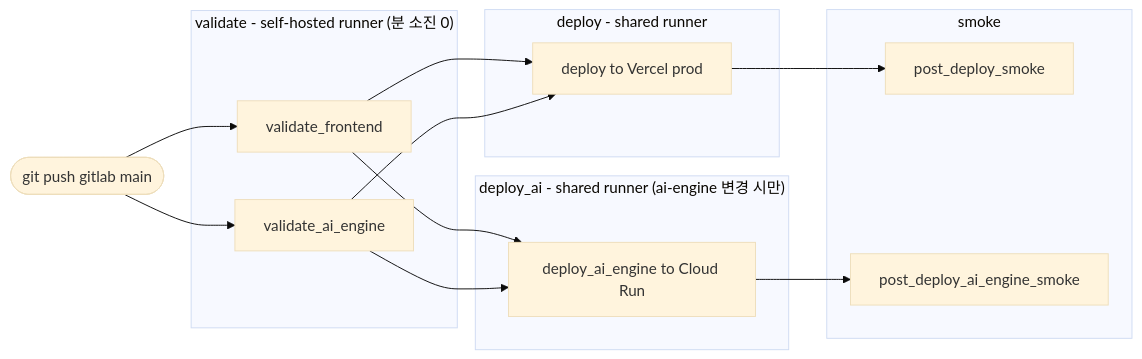
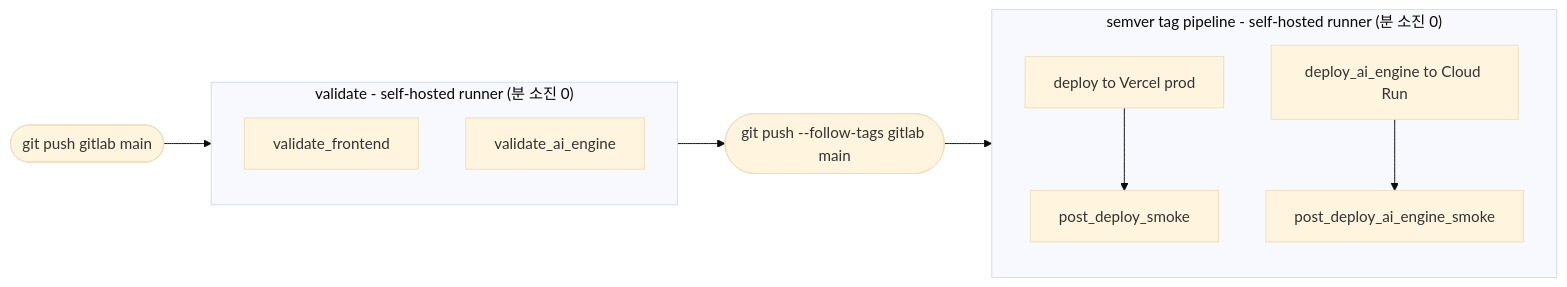
One commit to skyasu2/openmanager-ai changed the diagram in docs/development/ci-cd.md. Above: the diagram before and after it, drawn with Mermaid (base theme). The commit also changed other lines of this file and 4 other files, not shown here.

Commit message:
fix(ci): align tag deploy prerequisites

````diff
--- a/docs/development/ci-cd.md
+++ b/docs/development/ci-cd.md
@@ -26,28 +26,21 @@
 ```mermaid
 flowchart LR
-    push([git push gitlab main])
+    mainpush([git push gitlab main]) --> validate
+    release([git push --follow-tags gitlab main]) --> tagpipeline
 
     subgraph validate["validate - self-hosted runner (분 소진 0)"]
         vfe[validate_frontend]
         vai[validate_ai_engine]
     end
 
-    subgraph deploy_stage["deploy - shared runner"]
+    subgraph tagpipeline["semver tag pipeline - self-hosted runner (분 소진 0)"]
         dep[deploy to Vercel prod]
-    end
-
-    subgraph deploy_ai_stage["deploy_ai - shared runner (ai-engine 변경 시만)"]
         dai[deploy_ai_engine to Cloud Run]
-    end
-
-    subgraph smoke_stage["smoke"]
         smkfe[post_deploy_smoke]
         smkai[post_deploy_ai_engine_smoke]
     end
 
-    push --> vfe & vai
-    vfe & vai --> dep
-    vfe & vai --> dai
+    validate --> release
     dep --> smkfe
     dai --> smkai
 ```
````
